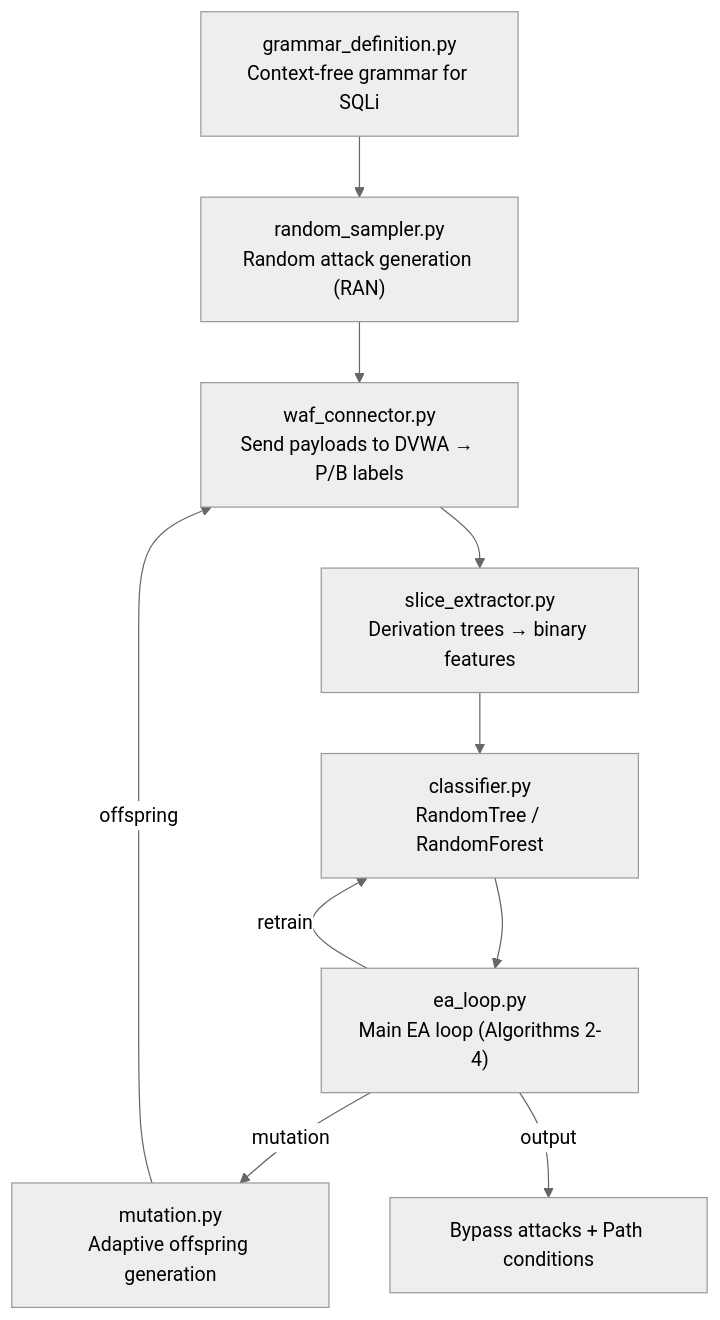
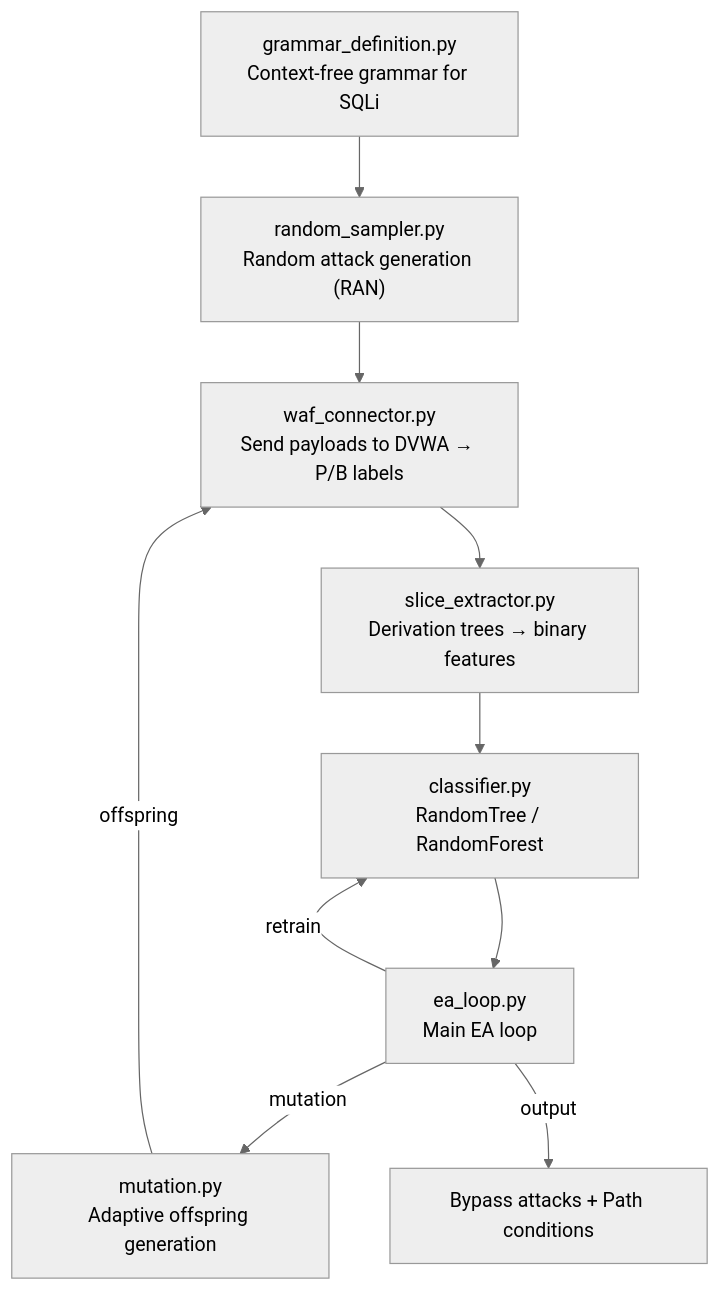
One commit to TuanNghiaVu-64/ML-WAF changed the diagram in README.md. Above: the diagram before and after it, drawn with Mermaid (neutral theme).

````diff
--- a/README.md
+++ b/README.md
@@ -20,12 +20,12 @@
 ```mermaid
 flowchart TD
     A["grammar_definition.py<br/>Context-free grammar for SQLi"] --> B["random_sampler.py<br/>Random attack generation (RAN)"]
     B --> C["waf_connector.py<br/>Send payloads to DVWA → P/B labels"]
     C --> D["slice_extractor.py<br/>Derivation trees → binary features"]
     D --> E["classifier.py<br/>RandomTree / RandomForest"]
-    E --> F["ea_loop.py<br/>Main EA loop (Algorithms 2-4)"]
+    E --> F["ea_loop.py<br/>Main EA loop"]
     F -->|"mutation"| G["mutation.py<br/>Adaptive offspring generation"]
     G -->|"offspring"| C
     F -->|"retrain"| E
     F -->|"output"| H["Bypass attacks + Path conditions"]
 ```
````
